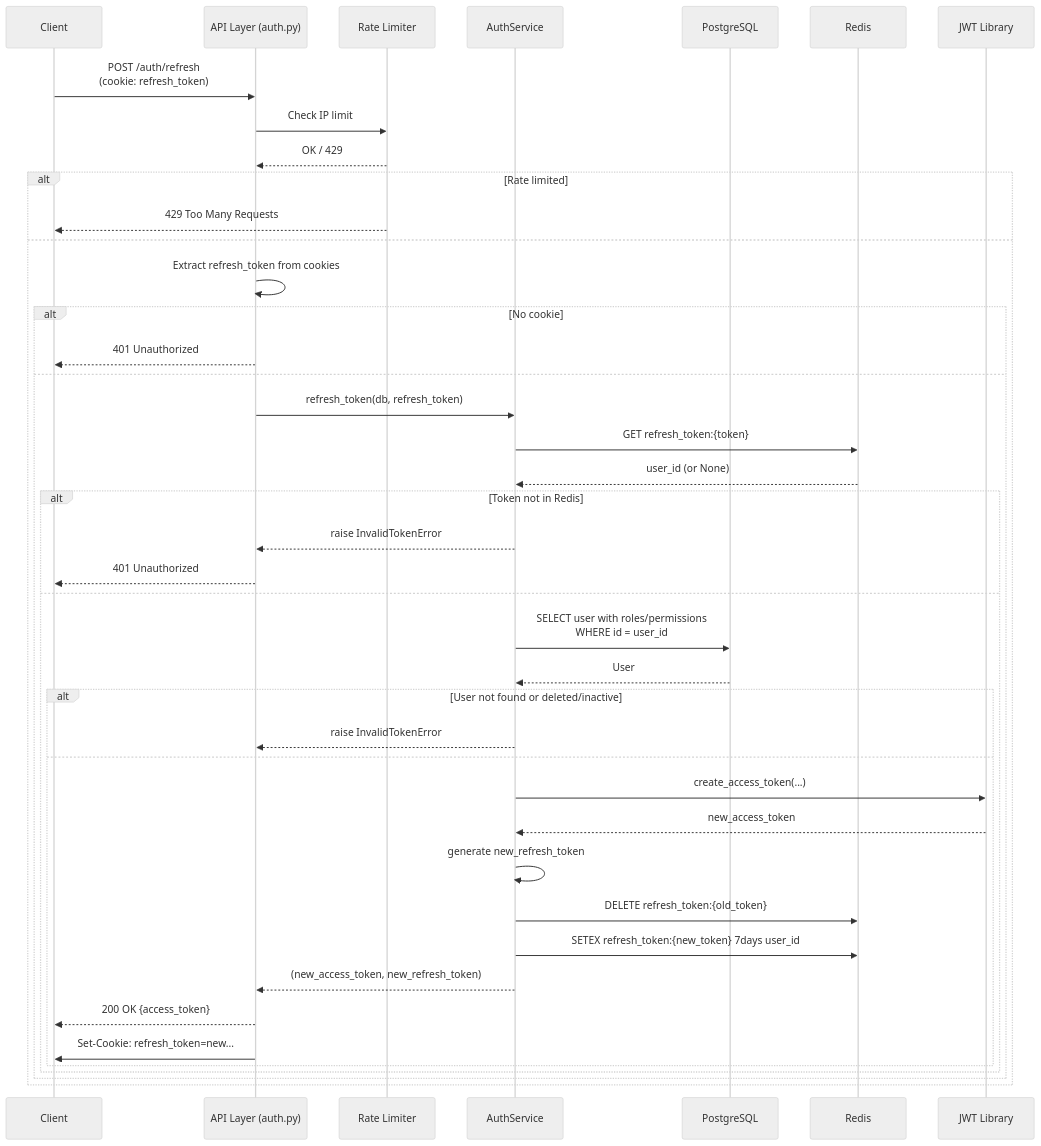
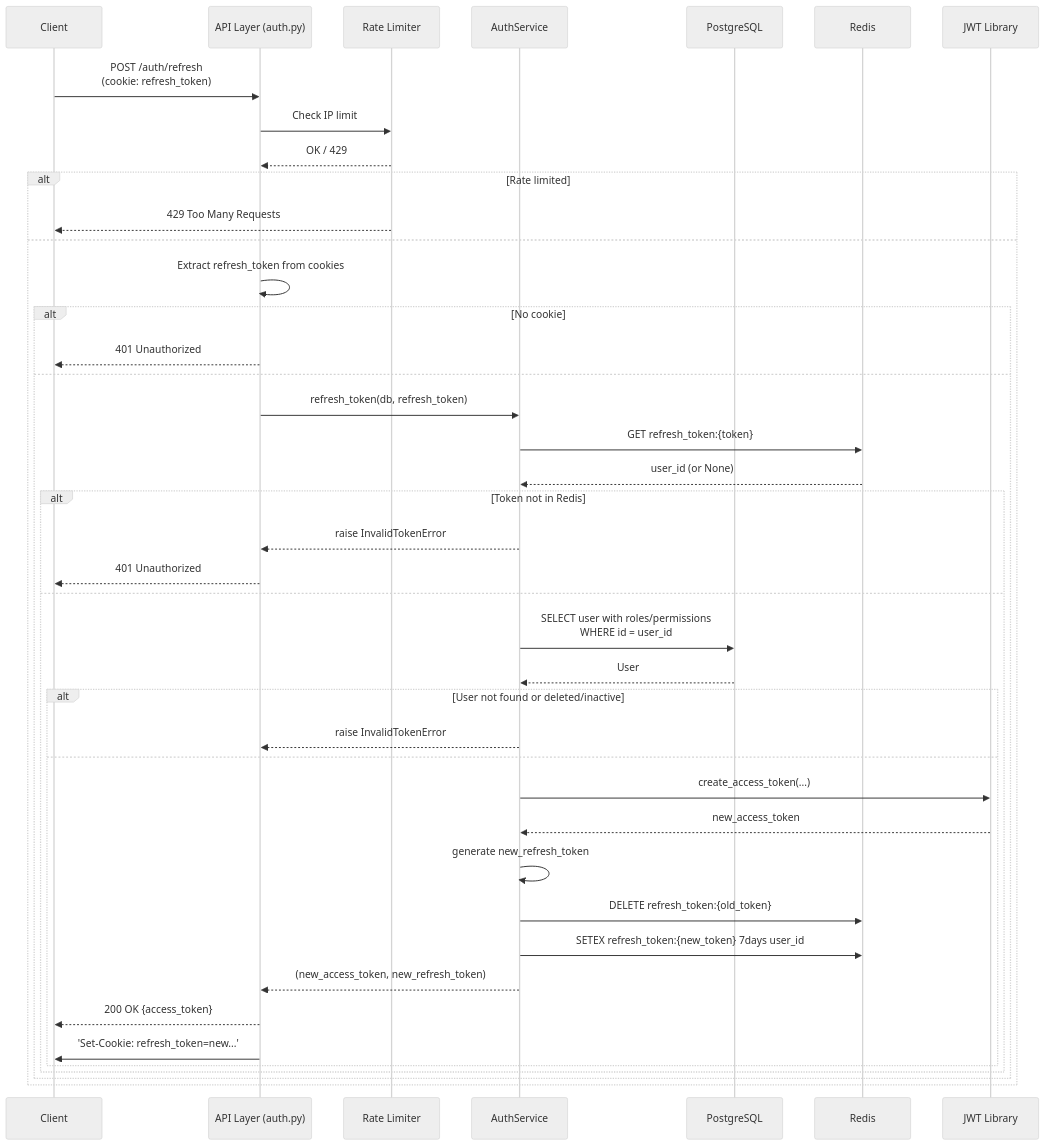
One commit to anaswaleedtahir/kosmos-ecommerce changed the third of 11 diagrams in docs/09-sequence-diagrams.md. Above: the diagram before and after it, drawn with Mermaid (neutral theme). The commit also changed other lines of this file and 2 other files, not shown here.

Commit message:
docs: update diagrams to use Mermaid syntax for improved visualization

````diff
--- a/docs/09-sequence-diagrams.md
+++ b/docs/09-sequence-diagrams.md
@@ -111,45 +111,45 @@
 ```mermaid
 sequenceDiagram
     participant Client
     participant API as API Layer (auth.py)
     participant RateIP as Rate Limiter
     participant Service as AuthService
     participant DB as PostgreSQL
     participant Redis as Redis
     participant JWT as JWT Library
 
     Client->>API: POST /auth/refresh<br/>(cookie: refresh_token)
     API->>RateIP: Check IP limit
     RateIP-->>API: OK / 429
     alt Rate limited
         RateIP-->>Client: 429 Too Many Requests
     else
         API->>API: Extract refresh_token from cookies
         alt No cookie
             API-->>Client: 401 Unauthorized
         else
             API->>Service: refresh_token(db, refresh_token)
             Service->>Redis: GET refresh_token:{token}
             Redis-->>Service: user_id (or None)
             alt Token not in Redis
                 Service-->>API: raise InvalidTokenError
                 API-->>Client: 401 Unauthorized
             else
                 Service->>DB: SELECT user with roles/permissions<br/>WHERE id = user_id
                 DB-->>Service: User
                 alt User not found or deleted/inactive
                     Service-->>API: raise InvalidTokenError
                 else
                     Service->>JWT: create_access_token(...)
                     JWT-->>Service: new_access_token
                     Service->>Service: generate new_refresh_token
                     Service->>Redis: DELETE refresh_token:{old_token}
                     Service->>Redis: SETEX refresh_token:{new_token} 7days user_id
                     Service-->>API: (new_access_token, new_refresh_token)
                     API-->>Client: 200 OK {access_token}
-                    API->>Client: Set-Cookie: refresh_token=new...
+                    API->>Client: 'Set-Cookie: refresh_token=new...'
                 end
             end
         end
     end
 ```
````
